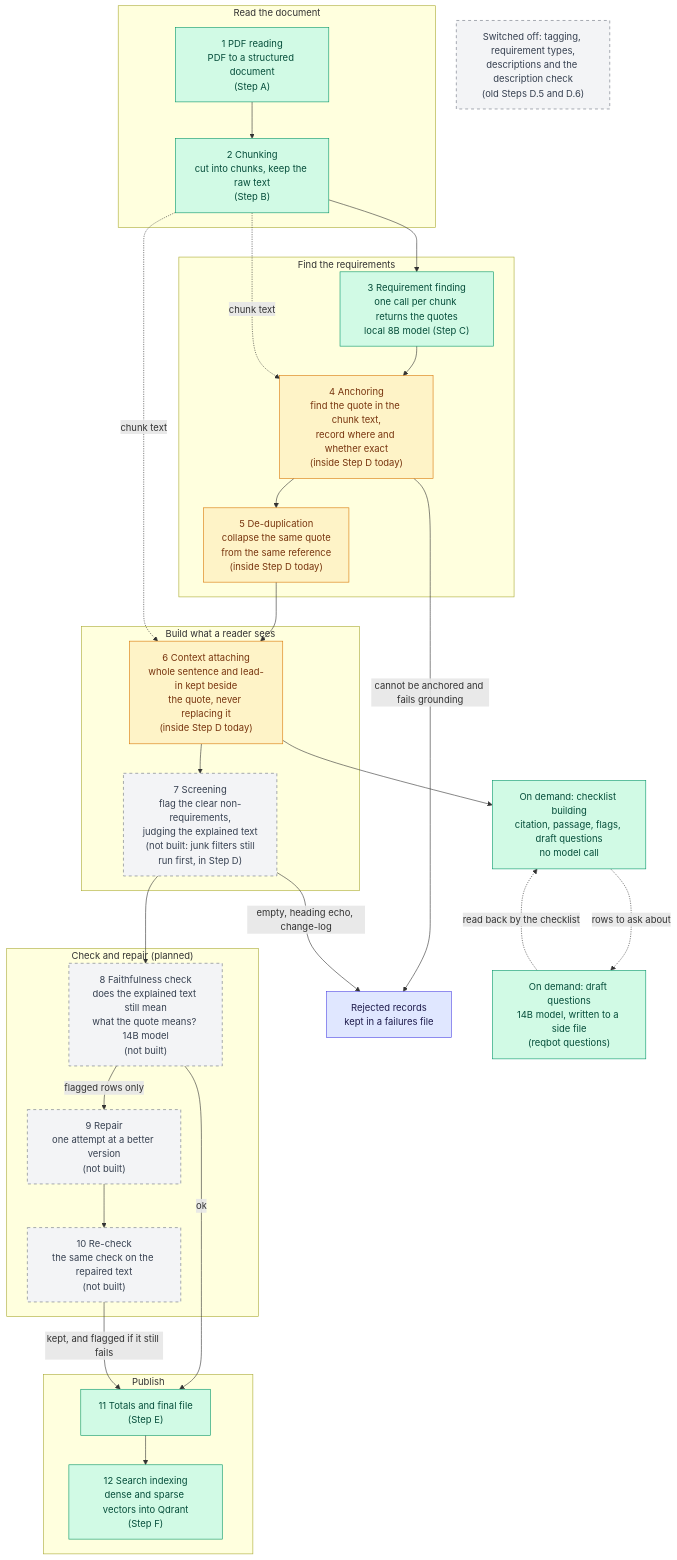
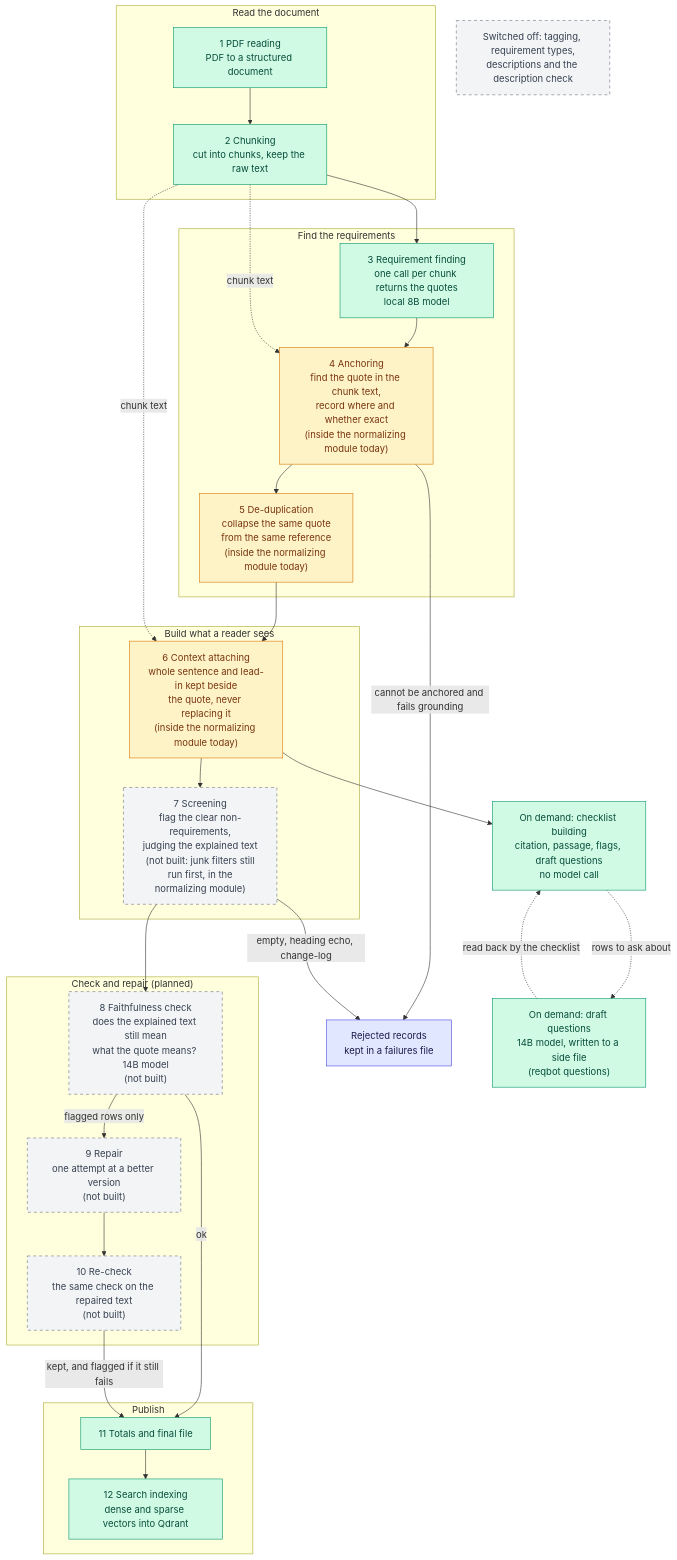
Before and after one commit to TylerGRClark/ReqBot: the first of 3 diagrams in docs/ARCHITECTURE.md, drawn with Mermaid. The commit also changed other lines of this file and 1 other file, not shown here.

First line of the commit message:
docs(architecture): name the stages by job only, drop the Step A-F letters (#317)

````diff
--- a/docs/ARCHITECTURE.md
+++ b/docs/ARCHITECTURE.md
@@ -51,58 +52,58 @@
 ```mermaid
 flowchart TD
     subgraph READ["Read the document"]
-        N1["1 PDF reading<br/>PDF to a structured document<br/>(Step A)"]
-        N2["2 Chunking<br/>cut into chunks, keep the raw text<br/>(Step B)"]
+        N1["1 PDF reading<br/>PDF to a structured document"]
+        N2["2 Chunking<br/>cut into chunks, keep the raw text"]
     end
     subgraph FIND["Find the requirements"]
-        N3["3 Requirement finding<br/>one call per chunk returns the quotes<br/>local 8B model (Step C)"]
-        N4["4 Anchoring<br/>find the quote in the chunk text,<br/>record where and whether exact<br/>(inside Step D today)"]
-        N5["5 De-duplication<br/>collapse the same quote<br/>from the same reference<br/>(inside Step D today)"]
+        N3["3 Requirement finding<br/>one call per chunk returns the quotes<br/>local 8B model"]
+        N4["4 Anchoring<br/>find the quote in the chunk text,<br/>record where and whether exact<br/>(inside the normalizing module today)"]
+        N5["5 De-duplication<br/>collapse the same quote<br/>from the same reference<br/>(inside the normalizing module today)"]
     end
     subgraph BUILD["Build what a reader sees"]
-        N6["6 Context attaching<br/>whole sentence and lead-in kept beside<br/>the quote, never replacing it<br/>(inside Step D today)"]
-        N7["7 Screening<br/>flag the clear non-requirements,<br/>judging the explained text<br/>(not built: junk filters still<br/>run first, in Step D)"]
+        N6["6 Context attaching<br/>whole sentence and lead-in kept beside<br/>the quote, never replacing it<br/>(inside the normalizing module today)"]
+        N7["7 Screening<br/>flag the clear non-requirements,<br/>judging the explained text<br/>(not built: junk filters still<br/>run first, in the<br/>normalizing module)"]
     end
     subgraph CHECK["Check and repair (planned)"]
         N8["8 Faithfulness check<br/>does the explained text still mean<br/>what the quote means? 14B model<br/>(not built)"]
         N9["9 Repair<br/>one attempt at a better version<br/>(not built)"]
         N10["10 Re-check<br/>the same check on the repaired text<br/>(not built)"]
     end
     subgraph PUBLISH["Publish"]
-        N11["11 Totals and final file<br/>(Step E)"]
-        N12["12 Search indexing<br/>dense and sparse vectors into Qdrant<br/>(Step F)"]
+        N11["11 Totals and final file"]
+        N12["12 Search indexing<br/>dense and sparse vectors into Qdrant"]
     end
     FAIL["Rejected records<br/>kept in a failures file"]
     CL["On demand: checklist building<br/>citation, passage, flags, draft questions<br/>no model call"]
     DQ["On demand: draft questions<br/>14B model, written to a side file<br/>(reqbot questions)"]
-    OFF["Switched off: tagging, requirement types,<br/>descriptions and the description check<br/>(old Steps D.5 and D.6)"]
+    OFF["Switched off: tagging, requirement types,<br/>descriptions and the description check"]
 
     N1 --> N2
     N2 --> N3
     N3 --> N4
     N4 --> N5
     N5 --> N6
     N6 --> N7
     N7 --> N8
     N2 -.->|"chunk text"| N4
     N2 -.->|"chunk text"| N6
     N4 -->|"cannot be anchored and fails grounding"| FAIL
     N7 -->|"empty, heading echo, change-log"| FAIL
     N8 -->|"ok"| N11
     N8 -->|"flagged rows only"| N9
     N9 --> N10
     N10 -->|"kept, and flagged if it still fails"| N11
     N11 --> N12
     N6 --> CL
     CL -.->|"rows to ask about"| DQ
     DQ -.->|"read back by the checklist"| CL
 
     classDef built fill:#d1fae5,stroke:#059669,color:#064e3b;
     classDef inside fill:#fef3c7,stroke:#d97706,color:#78350f;
     classDef planned fill:#f3f4f6,stroke:#6b7280,color:#374151,stroke-dasharray: 5 5;
     classDef side fill:#e0e7ff,stroke:#4f46e5,color:#1e1b4b;
     class N1,N2,N3,N11,N12,CL,DQ built;
     class N4,N5,N6 inside;
     class N7,N8,N9,N10,OFF planned;
     class FAIL side;
 ```
````
